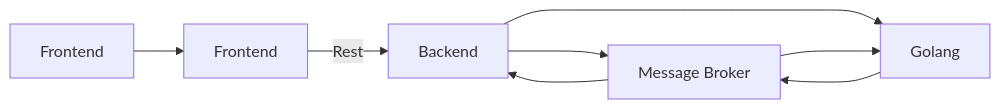
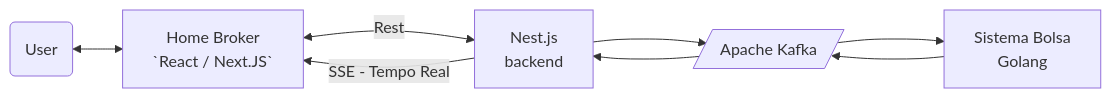
Before and after one commit to HomeBroker-IFSFC/.github: the diagram in README.md, drawn with Mermaid.

Commit message:
FlowChart

````diff
--- a/README.md
+++ b/README.md
@@ -13,10 +11,12 @@
 ```mermaid
+%%{init: { "fontFamily": "Trebuchet MS, Verdana, Arial, Sans-Serif", "logLevel": 2 } }%%
+
 graph LR;
-    User[Frontend] --> HomeBroker[Frontend];
-    HomeBroker[Frontend] -->|Rest| NestJs[Backend];
-    NestJs[Backend] --> Kafka[Message Broker];
-    Kafka[Message Broker] ---> NestJs[Backend];
-    NestJs[Backend] ---> SistemaBolsa[Golang];
-    SistemaBolsa[Golang] ---> Kafka[Message Broker];
-    Kafka[Message Broker] ---> SistemaBolsa[Golang];
+    User(User) <--> HomeBroker[Home Broker \n `React / Next.JS`];
+    HomeBroker[HomeBroker] <-->|Rest| NestJs[Nest.js \n backend];
+    NestJs[Nest.js \n backend] -->|SSE - Tempo Real| HomeBroker[Home Broker \n `React / Next.JS`] ;
+    NestJs[Nest.js \n backend] --> Kafka[/Apache Kafka/];
+    Kafka[/Apache Kafka/] ---> NestJs[Nest.js \n backend];
+    SistemaBolsa[Sistema Bolsa \n Golang] ---> Kafka[/Apache Kafka/];
+    Kafka[/Apache Kafka/] ---> SistemaBolsa[Sistema Bolsa \n Golang];
 ```
````
